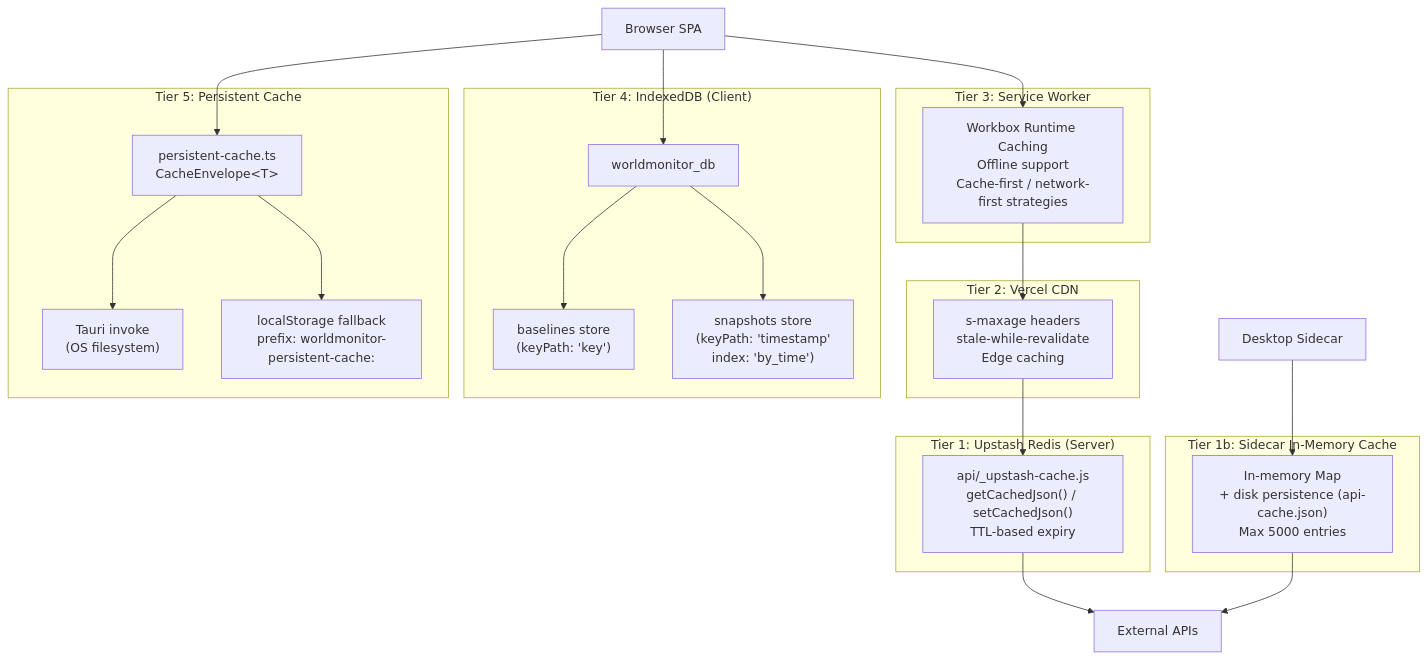
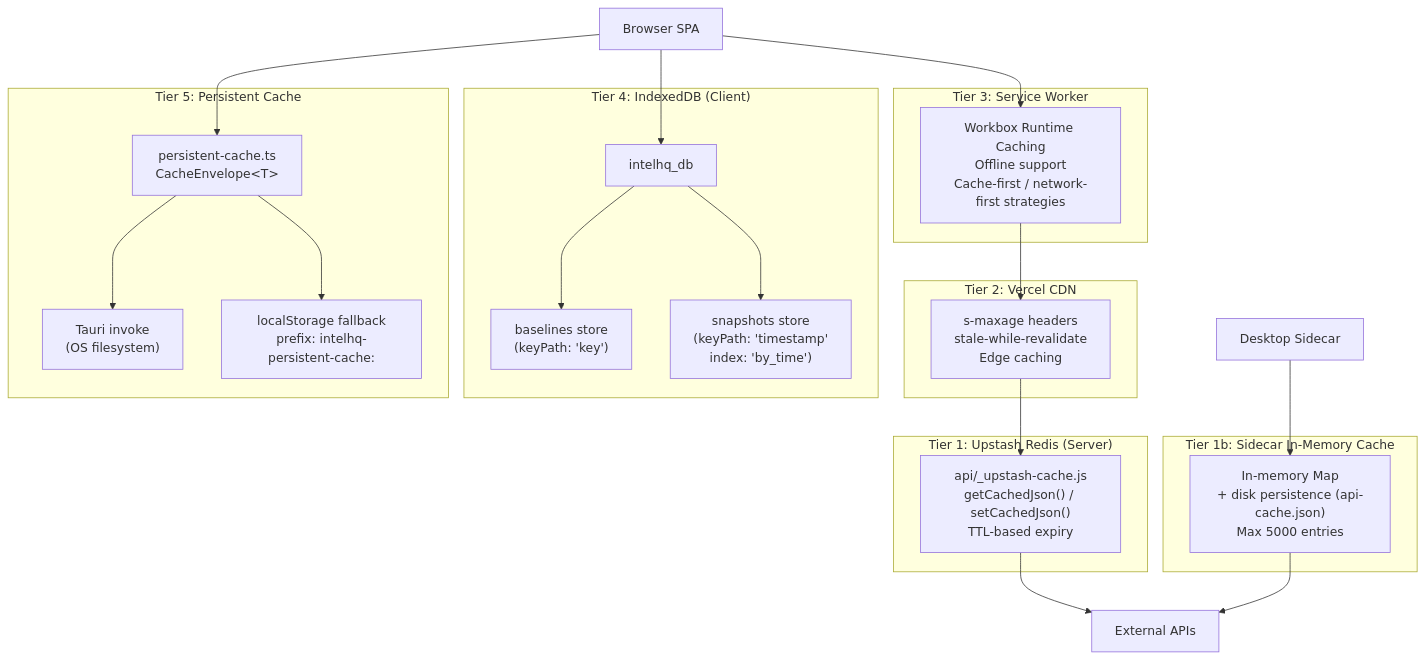
The sixth of 10 diagrams in docs/ARCHITECTURE.md (laikhtman/worldmonitor), drawn with Mermaid before and after one commit. The commit also changed other lines of this file and 90 other files, not shown here.

````diff
--- a/docs/ARCHITECTURE.md
+++ b/docs/ARCHITECTURE.md
@@ -490,45 +491,45 @@
 ```mermaid
 graph TD
     subgraph Tier1["Tier 1: Upstash Redis (Server)"]
         Redis["api/_upstash-cache.js<br/>getCachedJson() / setCachedJson()<br/>TTL-based expiry"]
     end
 
     subgraph Tier1b["Tier 1b: Sidecar In-Memory Cache"]
         MemCache["In-memory Map<br/>+ disk persistence (api-cache.json)<br/>Max 5000 entries"]
     end
 
     subgraph Tier2["Tier 2: Vercel CDN"]
         CDN["s-maxage headers<br/>stale-while-revalidate<br/>Edge caching"]
     end
 
     subgraph Tier3["Tier 3: Service Worker"]
         Workbox["Workbox Runtime Caching<br/>Offline support<br/>Cache-first / network-first strategies"]
     end
 
     subgraph Tier4["Tier 4: IndexedDB (Client)"]
-        IDB["worldmonitor_db"]
+        IDB["intelhq_db"]
         Baselines["baselines store<br/>(keyPath: 'key')"]
         Snapshots["snapshots store<br/>(keyPath: 'timestamp'<br/>index: 'by_time')"]
         IDB --> Baselines
         IDB --> Snapshots
     end
 
     subgraph Tier5["Tier 5: Persistent Cache"]
         PC["persistent-cache.ts<br/>CacheEnvelope&lt;T&gt;"]
         TauriInvoke["Tauri invoke<br/>(OS filesystem)"]
-        LSFallback["localStorage fallback<br/>prefix: worldmonitor-persistent-cache:"]
+        LSFallback["localStorage fallback<br/>prefix: intelhq-persistent-cache:"]
         PC --> TauriInvoke
         PC --> LSFallback
     end
 
     Browser["Browser SPA"] --> Workbox
     Workbox --> CDN
     CDN --> Redis
     Redis --> ExternalAPI["External APIs"]
 
     Browser --> IDB
     Browser --> PC
 
     Sidecar["Desktop Sidecar"] --> MemCache
     MemCache --> ExternalAPI
 ```
````
